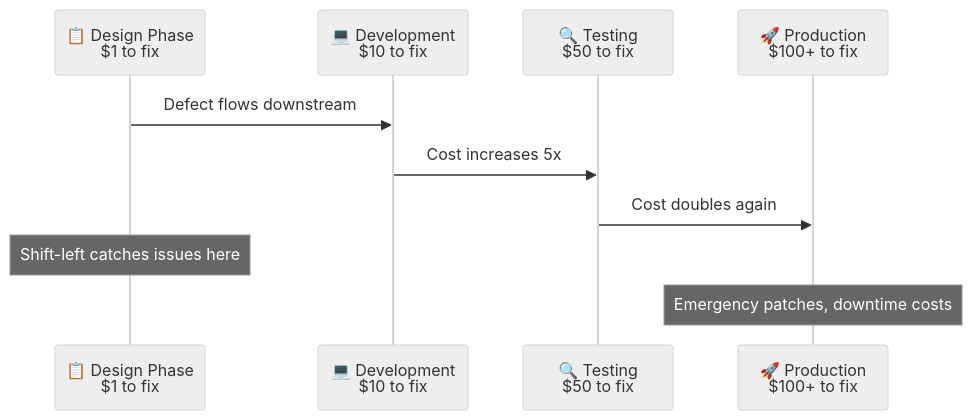
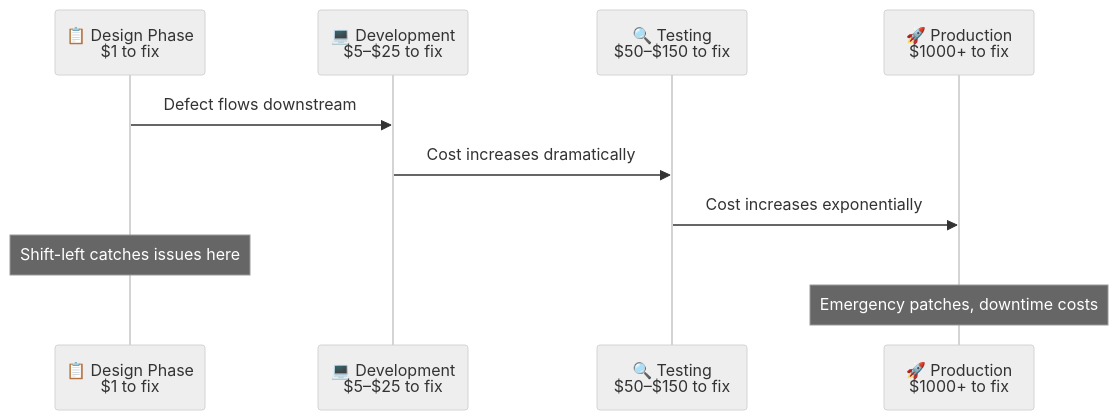
Before and after one commit to Redocly/website: the second of 3 diagrams in learn/testing/tools-for-api-testing-in-2025.md, drawn with Mermaid (neutral theme). The commit also changed other lines of this file, not shown here.

Commit message:
learn/testing: address PR review comments - fix defect cost figures, configurable rule syntax, terminology (OpenAPI description), heading structure, Choose-this clarity, and remove trailing whitespace

````diff
--- a/learn/testing/tools-for-api-testing-in-2025.md
+++ b/learn/testing/tools-for-api-testing-in-2025.md
@@ -53,14 +53,14 @@
 ```mermaid
 sequenceDiagram
     participant Design as 📋 Design Phase<br/>$1 to fix
-    participant Dev as 💻 Development<br/>$10 to fix  
-    participant Test as 🔍 Testing<br/>$50 to fix
-    participant Prod as 🚀 Production<br/>$100+ to fix
+    participant Dev as 💻 Development<br/>$5–$25 to fix  
+    participant Test as 🔍 Testing<br/>$50–$150 to fix
+    participant Prod as 🚀 Production<br/>$1000+ to fix
     
     Design->>Dev: Defect flows downstream
-    Dev->>Test: Cost increases 5x
-    Test->>Prod: Cost doubles again
+    Dev->>Test: Cost increases dramatically
+    Test->>Prod: Cost increases exponentially
     
     Note over Design: Shift-left catches issues here
     Note over Prod: Emergency patches, downtime costs
 ```
````
